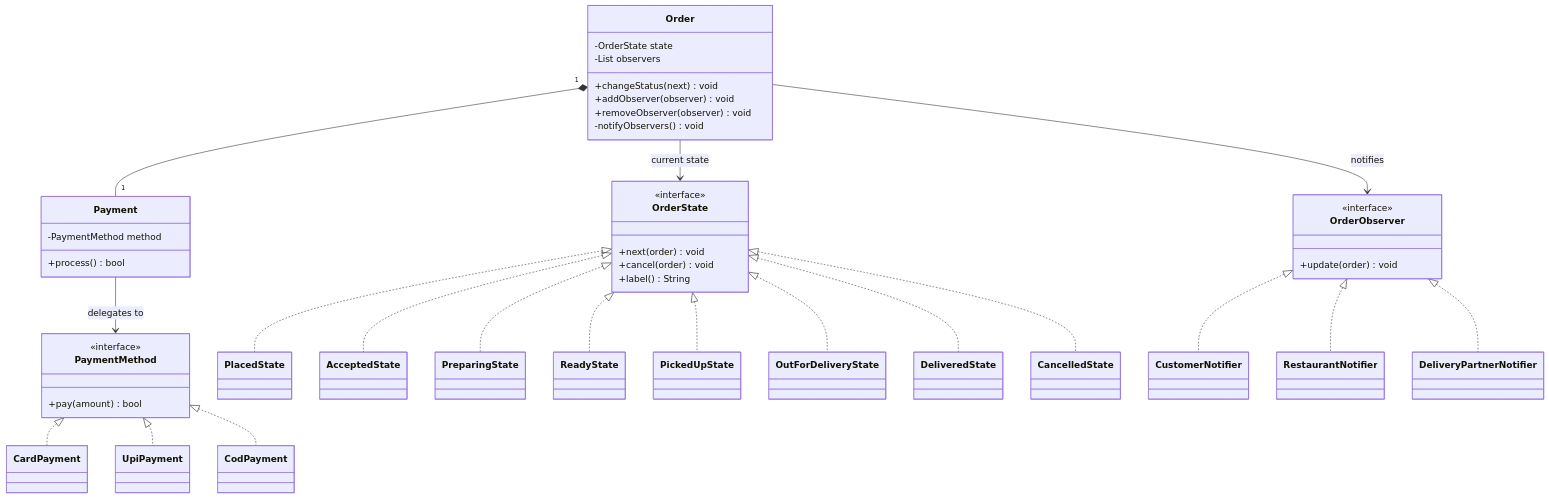
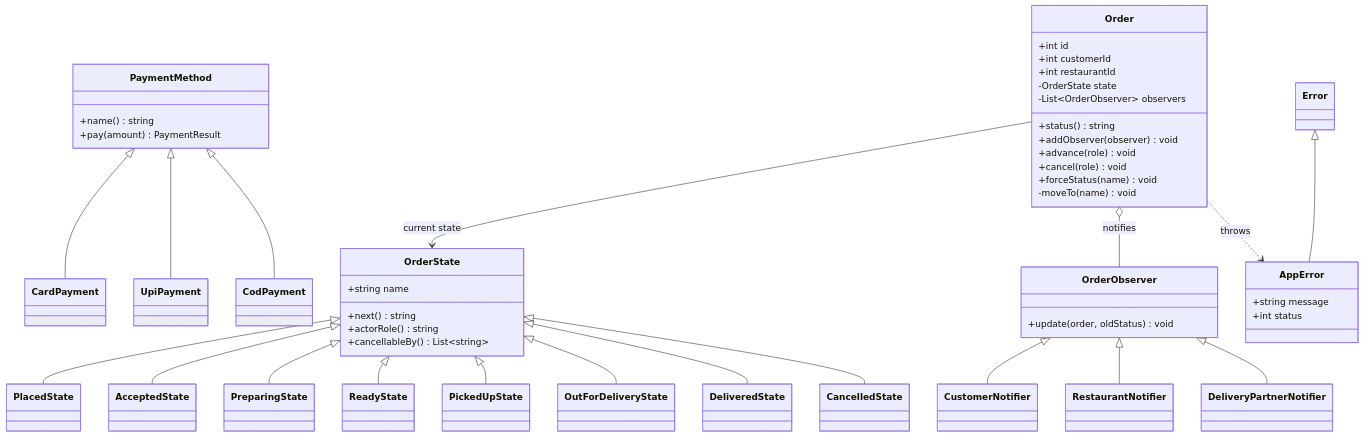
One commit to madhavcodes25/hungry-bird changed the second of 3 diagrams in docs/class-diagram.md. Above: the diagram before and after it, drawn with Mermaid. The commit also changed other lines of this file and 43 other files, not shown here.

````diff
--- a/docs/class-diagram.md
+++ b/docs/class-diagram.md
@@ -119,67 +23,74 @@
 ```mermaid
 classDiagram
     class Order {
+        +int id
+        +int customerId
+        +int restaurantId
         -OrderState state
-        -List observers
-        +changeStatus(next) void
+        -List~OrderObserver~ observers
+        +status() string
         +addObserver(observer) void
-        +removeObserver(observer) void
-        -notifyObservers() void
+        +advance(role) void
+        +cancel(role) void
+        +forceStatus(name) void
+        -moveTo(name) void
     }
 
-    class Payment {
-        -PaymentMethod method
-        +process() bool
-    }
-    class PaymentMethod {
-        <<interface>>
-        +pay(amount) bool
-    }
-    class CardPayment
-    class UpiPayment
-    class CodPayment
-
     class OrderState {
-        <<interface>>
-        +next(order) void
-        +cancel(order) void
-        +label() String
+        +string name
+        +next() string
+        +actorRole() string
+        +cancellableBy() List~string~
     }
     class PlacedState
     class AcceptedState
     class PreparingState
     class ReadyState
     class PickedUpState
     class OutForDeliveryState
     class DeliveredState
     class CancelledState
 
+    class PaymentMethod {
+        +name() string
+        +pay(amount) PaymentResult
+    }
+    class CardPayment
+    class UpiPayment
+    class CodPayment
+
     class OrderObserver {
-        <<interface>>
-        +update(order) void
+        +update(order, oldStatus) void
     }
     class CustomerNotifier
     class RestaurantNotifier
     class DeliveryPartnerNotifier
 
-    Order "1" *-- "1" Payment
-    Payment --> PaymentMethod : delegates to
-    PaymentMethod <|.. CardPayment
-    PaymentMethod <|.. UpiPayment
-    PaymentMethod <|.. CodPayment
+    class AppError {
+        +string message
+        +int status
+    }
+    class Error
 
     Order --> OrderState : current state
-    OrderState <|.. PlacedState
-    OrderState <|.. AcceptedState
-    OrderState <|.. PreparingState
-    OrderState <|.. ReadyState
-    OrderState <|.. PickedUpState
-    OrderState <|.. OutForDeliveryState
-    OrderState <|.. DeliveredState
-    OrderState <|.. CancelledState
+    OrderState <|-- PlacedState
+    OrderState <|-- AcceptedState
+    OrderState <|-- PreparingState
+    OrderState <|-- ReadyState
+    OrderState <|-- PickedUpState
+    OrderState <|-- OutForDeliveryState
+    OrderState <|-- DeliveredState
+    OrderState <|-- CancelledState
 
-    Order --> OrderObserver : notifies
-    OrderObserver <|.. CustomerNotifier
-    OrderObserver <|.. RestaurantNotifier
-    OrderObserver <|.. DeliveryPartnerNotifier
+    Order o-- OrderObserver : notifies
+    OrderObserver <|-- CustomerNotifier
+    OrderObserver <|-- RestaurantNotifier
+    OrderObserver <|-- DeliveryPartnerNotifier
+
+    PaymentMethod <|-- CardPayment
+    PaymentMethod <|-- UpiPayment
+    PaymentMethod <|-- CodPayment
+
+    Error <|-- AppError
+    Order ..> AppError : throws
 ```
````
